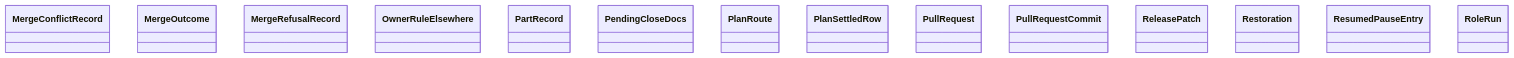
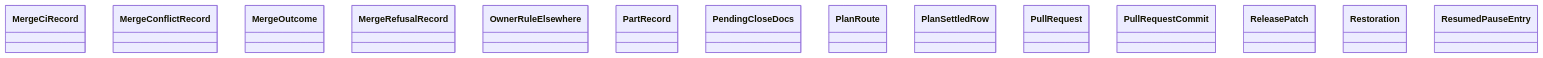
The diagram in docs/architecture/generated/classes-process-domain-state-5.md (GonzaloZevallos/agentic-system), drawn with Mermaid before and after one commit. The commit also changed 3 other files, not shown here.

Commit message:
Regenerate the architecture docs for the CiCancelRerun fact

````diff
--- a/docs/architecture/generated/classes-process-domain-state-5.md
+++ b/docs/architecture/generated/classes-process-domain-state-5.md
@@ -23,17 +23,17 @@
 ```mermaid
 classDiagram
+    class task__MergeCiRecord["MergeCiRecord"]
     class task__MergeConflictRecord["MergeConflictRecord"]
     class task__MergeOutcome["MergeOutcome"]
     class task__MergeRefusalRecord["MergeRefusalRecord"]
     class task__OwnerRuleElsewhere["OwnerRuleElsewhere"]
     class task__PartRecord["PartRecord"]
     class task__PendingCloseDocs["PendingCloseDocs"]
     class task__PlanRoute["PlanRoute"]
     class task__PlanSettledRow["PlanSettledRow"]
     class task__PullRequest["PullRequest"]
     class task__PullRequestCommit["PullRequestCommit"]
     class task__ReleasePatch["ReleasePatch"]
     class task__Restoration["Restoration"]
     class task__ResumedPauseEntry["ResumedPauseEntry"]
-    class task__RoleRun["RoleRun"]
 ```
````
